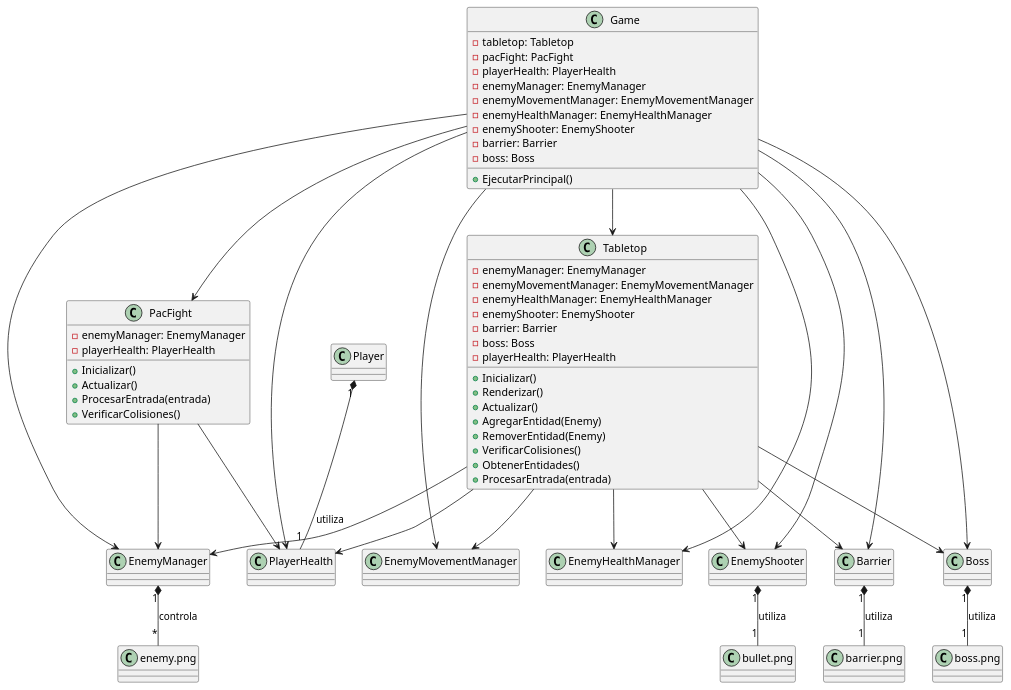
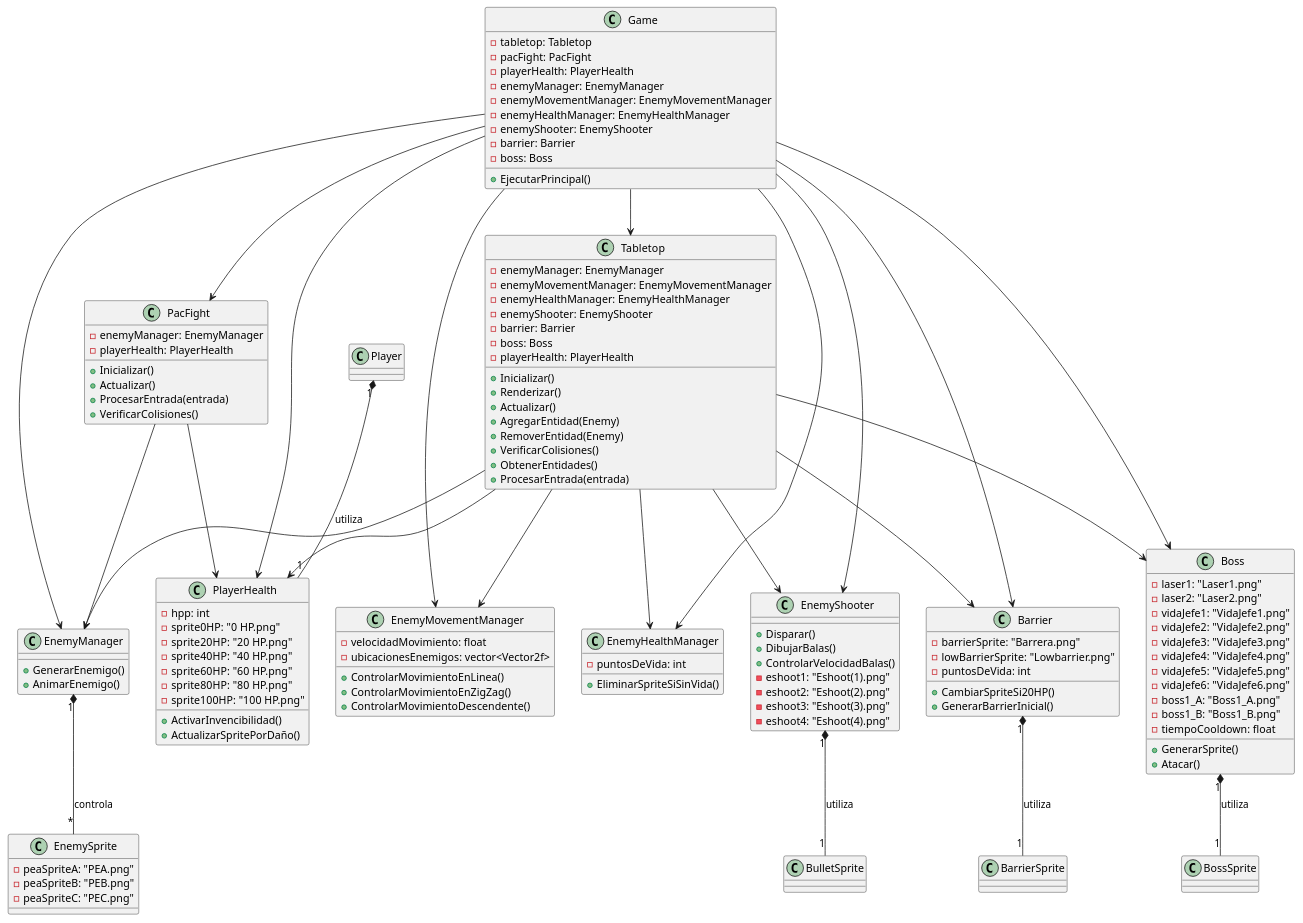
One commit to 24110280-Braulio/Space-Invaders changed the diagram in docs/Diagrama.PUML. Above: the diagram before and after it, drawn with PlantUML.

Commit message:
Nuevas relaciones

```diff
--- a/docs/Diagrama.PUML
+++ b/docs/Diagrama.PUML
@@ -1,85 +1,142 @@
 @startuml SpaceInvaders
 
 ' Clases principales
 class Game {
     - tabletop: Tabletop
     - pacFight: PacFight
     - playerHealth: PlayerHealth
     - enemyManager: EnemyManager
     - enemyMovementManager: EnemyMovementManager
     - enemyHealthManager: EnemyHealthManager
     - enemyShooter: EnemyShooter
     - barrier: Barrier
     - boss: Boss
     + EjecutarPrincipal()
 }
 
 class Tabletop {
     - enemyManager: EnemyManager
     - enemyMovementManager: EnemyMovementManager
     - enemyHealthManager: EnemyHealthManager
     - enemyShooter: EnemyShooter
     - barrier: Barrier
     - boss: Boss
     - playerHealth: PlayerHealth
     + Inicializar()
     + Renderizar()
     + Actualizar()
     + AgregarEntidad(Enemy)
     + RemoverEntidad(Enemy)
     + VerificarColisiones()
     + ObtenerEntidades()
     + ProcesarEntrada(entrada)
 }
 
 class PacFight {
     - enemyManager: EnemyManager
     - playerHealth: PlayerHealth
     + Inicializar()
     + Actualizar()
     + ProcesarEntrada(entrada)
     + VerificarColisiones()
 }
 
-class EnemyManager
-class EnemyMovementManager
-class EnemyHealthManager
-class EnemyShooter
-class Barrier
-class Boss
-class PlayerHealth
+class EnemyManager {
+    + GenerarEnemigo()
+    + AnimarEnemigo()
+}
 
-class EnemySprite as "enemy.png"
-class BossSprite as "boss.png"
-class BarrierSprite as "barrier.png"
-class BulletSprite as "bullet.png"
+class EnemyMovementManager {
+    - velocidadMovimiento: float
+    - ubicacionesEnemigos: vector<Vector2f>
+    + ControlarMovimientoEnLinea()
+    + ControlarMovimientoEnZigZag()
+    + ControlarMovimientoDescendente()
+}
+
+class EnemyHealthManager {
+    - puntosDeVida: int
+    + EliminarSpriteSiSinVida()
+}
+
+class EnemyShooter {
+    + Disparar()
+    + DibujarBalas()
+    + ControlarVelocidadBalas()
+    - eshoot1: "Eshoot(1).png"
+    - eshoot2: "Eshoot(2).png"
+    - eshoot3: "Eshoot(3).png"
+    - eshoot4: "Eshoot(4).png"
+}
+
+class Barrier {
+    - barrierSprite: "Barrera.png"
+    - lowBarrierSprite: "Lowbarrier.png"
+    - puntosDeVida: int
+    + CambiarSpriteSi20HP()
+    + GenerarBarrierInicial()
+}
+
+class Boss {
+    - laser1: "Laser1.png"
+    - laser2: "Laser2.png"
+    - vidaJefe1: "VidaJefe1.png"
+    - vidaJefe2: "VidaJefe2.png"
+    - vidaJefe3: "VidaJefe3.png"
+    - vidaJefe4: "VidaJefe4.png"
+    - vidaJefe5: "VidaJefe5.png"
+    - vidaJefe6: "VidaJefe6.png"
+    - boss1_A: "Boss1_A.png"
+    - boss1_B: "Boss1_B.png"
+    + GenerarSprite()
+    + Atacar()
+    - tiempoCooldown: float
+}
+
+class PlayerHealth {
+    - hpp: int
+    - sprite0HP: "0 HP.png"
+    - sprite20HP: "20 HP.png"
+    - sprite40HP: "40 HP.png"
+    - sprite60HP: "60 HP.png"
+    - sprite80HP: "80 HP.png"
+    - sprite100HP: "100 HP.png"
+    + ActivarInvencibilidad()
+    + ActualizarSpritePorDaño()
+}
+
+class EnemySprite {
+    - peaSpriteA: "PEA.png"
+    - peaSpriteB: "PEB.png"
+    - peaSpriteC: "PEC.png"
+}
 
 ' Relaciones
 Game --> Tabletop
 Game --> PacFight
 Game --> PlayerHealth
 Game --> EnemyManager
 Game --> EnemyMovementManager
 Game --> EnemyHealthManager
 Game --> EnemyShooter
 Game --> Barrier
 Game --> Boss
 
 Tabletop --> EnemyManager
 Tabletop --> EnemyMovementManager
 Tabletop --> EnemyHealthManager
 Tabletop --> EnemyShooter
 Tabletop --> Barrier
 Tabletop --> Boss
 Tabletop --> PlayerHealth
 
 PacFight --> EnemyManager
 PacFight --> PlayerHealth
 
 Player "1" *-- "1" PlayerHealth : utiliza
 EnemyManager "1" *-- "*" EnemySprite : controla
 Boss "1" *-- "1" BossSprite : utiliza
 Barrier "1" *-- "1" BarrierSprite : utiliza
 EnemyShooter "1" *-- "1" BulletSprite : utiliza
 
 @enduml
```
